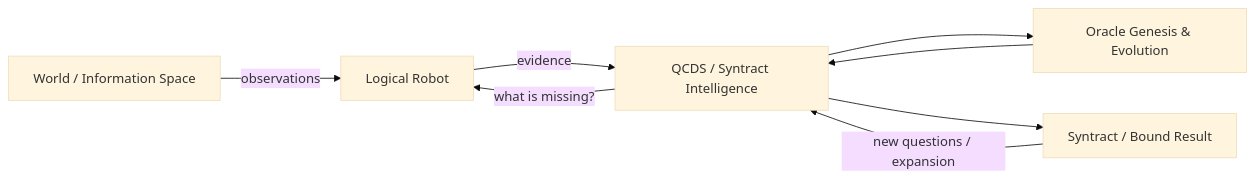
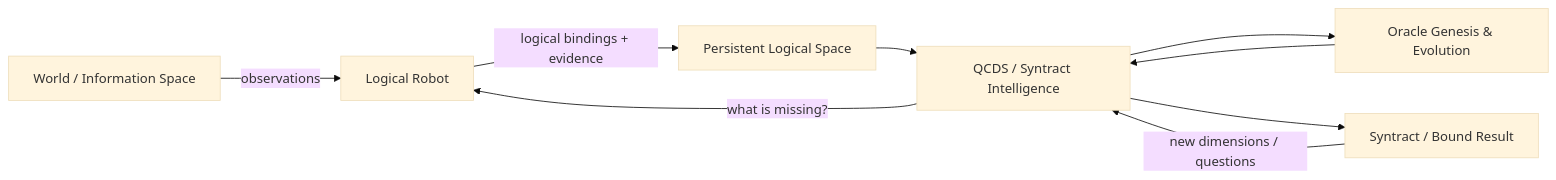
Before and after one commit to iampathat/thesyntractvision: the first of 3 diagrams in README.md, drawn with Mermaid (base theme). The commit also changed other lines of this file, not shown here.

Commit message:
BUILD 17: present shared Logical Space in project README

````diff
--- a/README.md
+++ b/README.md
@@ -21,10 +21,11 @@
 ```mermaid
 flowchart LR
     W[World / Information Space] -->|observations| R[Logical Robot]
-    R -->|evidence| Q[QCDS / Syntract Intelligence]
+    R -->|logical bindings + evidence| L[Persistent Logical Space]
+    L --> Q[QCDS / Syntract Intelligence]
     Q -->|what is missing?| R
     Q --> O[Oracle Genesis & Evolution]
     O --> Q
     Q --> S[Syntract / Bound Result]
-    S -->|new questions / expansion| Q
+    S -->|new dimensions / questions| Q
 ```
````
